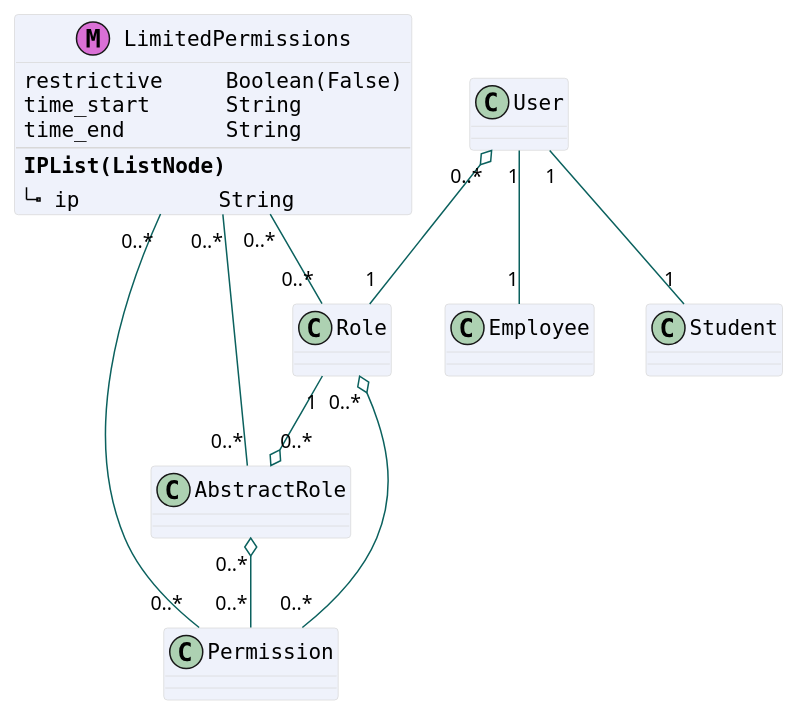
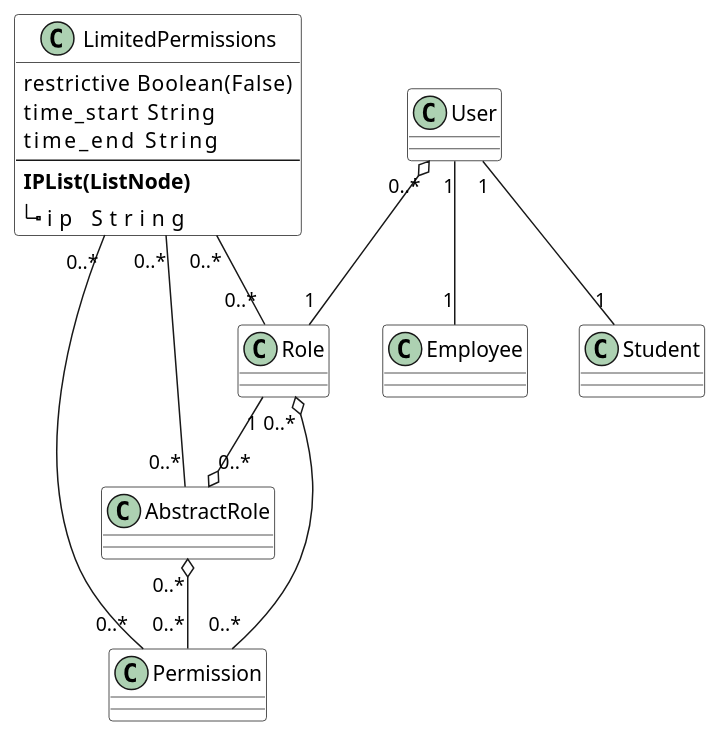
The diagram in source/zengine-ile-is-akisi-temelli-uygulama-gelistirme.rst (zetaops/ulakbus.org), drawn with PlantUML before and after one commit.

Commit message:
hitap modelleri

```diff
--- a/source/zengine-ile-is-akisi-temelli-uygulama-gelistirme.rst
+++ b/source/zengine-ile-is-akisi-temelli-uygulama-gelistirme.rst
@@ -155,25 +155,21 @@
 .. uml::
-    skinparam classAttributeFontName Monospaced
-    skinparam classBackgroundColor #EFF2FB
-    skinparam classBorderColor #D8D8D8
-    skinparam packageBorderColor #BDBDBD
-    skinparam classArrowColor #0B615E
+    skinparam classBackgroundColor #ffffff
     skinparam shadowing false
 
-    class LimitedPermissions <<(M,orchid)>> {
+    class LimitedPermissions {
     restrictive     Boolean(False)
     time_start      String
     time_end        String
     --
     **IPList(ListNode)**
     |_ ip           String
     }
     User "1" -- "1" Student
     User "1" -- "1" Employee
     User "0..*" o-- "1" Role
     Role "1" --o "0..*" AbstractRole
     AbstractRole "0..*" o-- "0..*" Permission
     Role "0..*" o-- "0..*" Permission
     LimitedPermissions "0..*" -- "0..*" Permission
     LimitedPermissions "0..*" -- "0..*" Role
     LimitedPermissions "0..*" -- "0..*" AbstractRole
```
